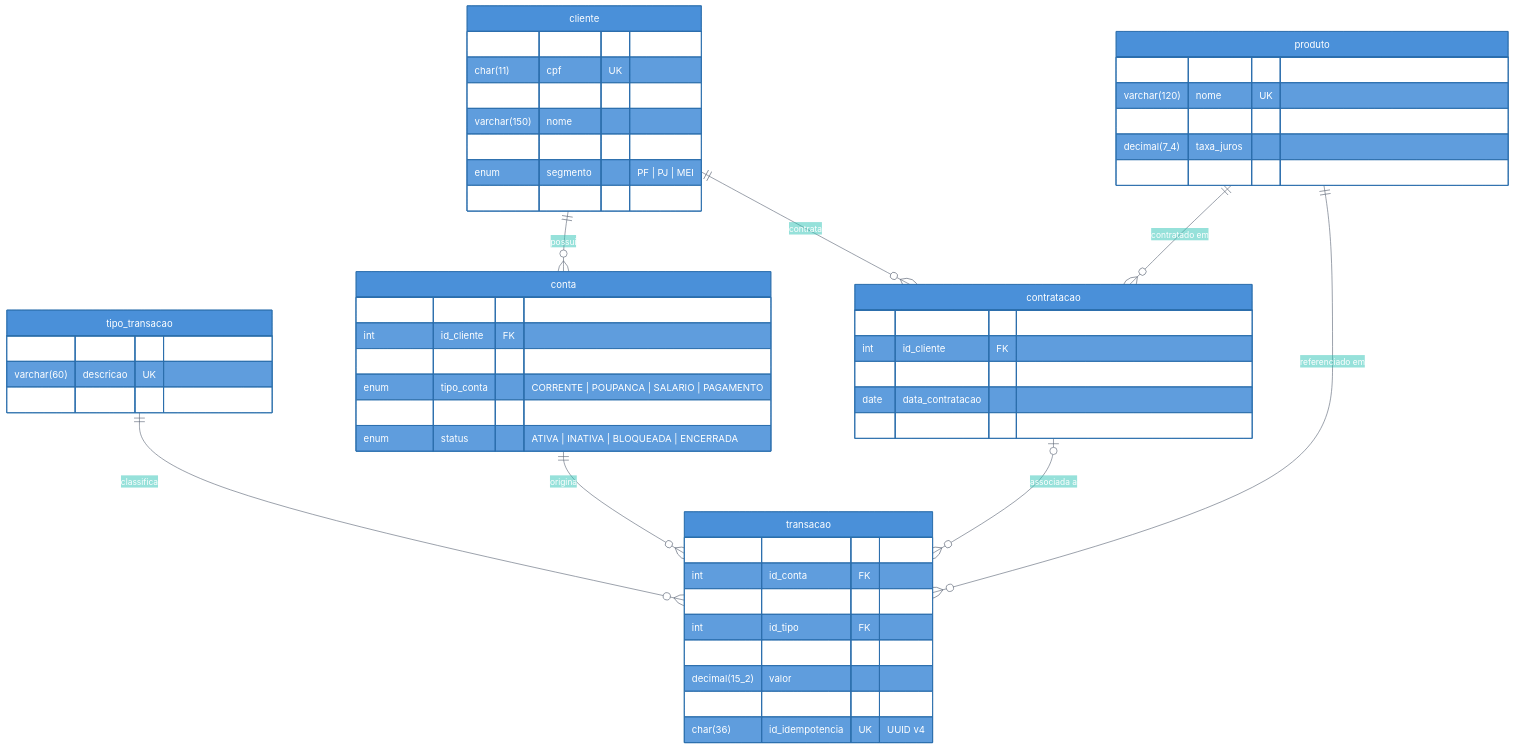
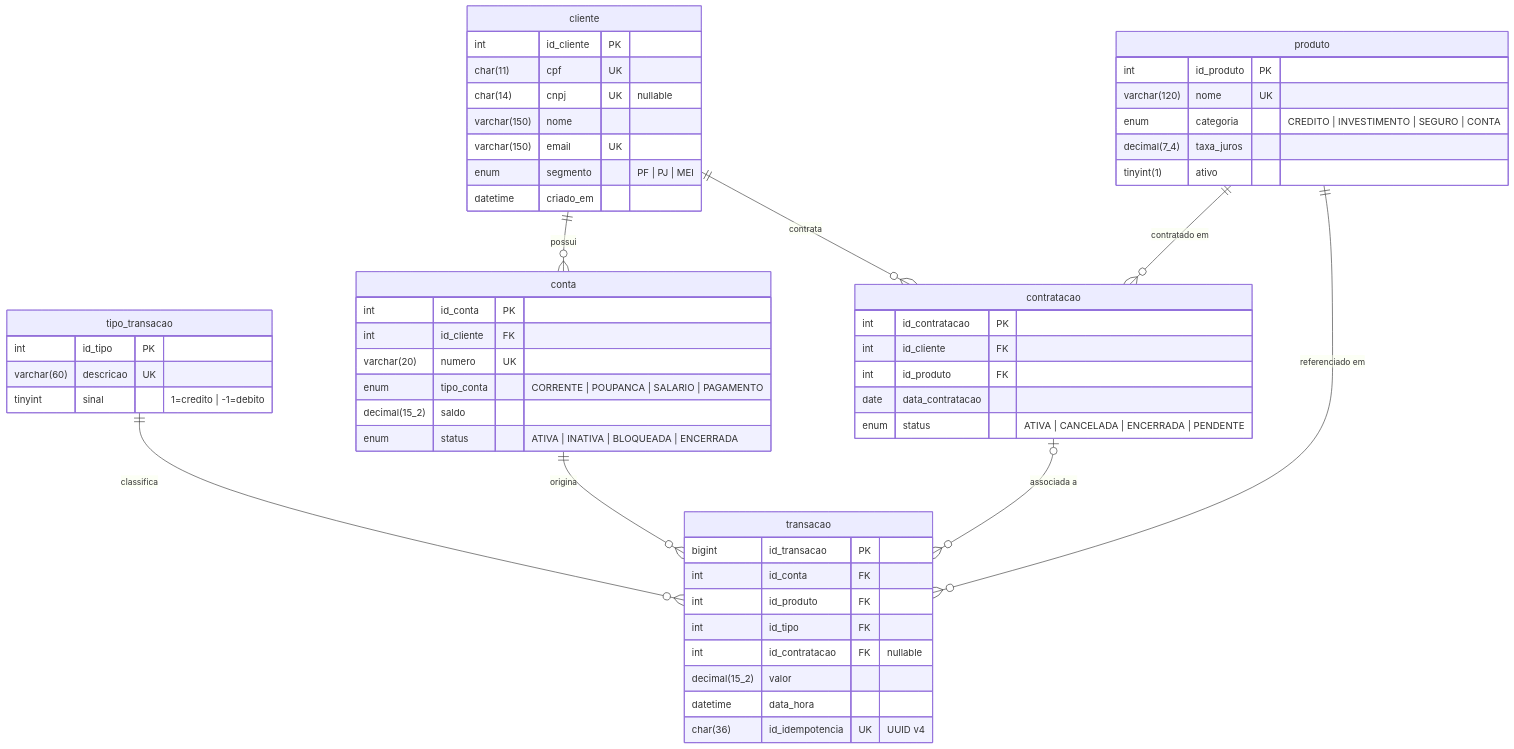
One commit to diegolirio/homework-db-concepts changed the diagram in README.md. Above: the diagram before and after it, drawn with Mermaid.

Commit message:
add colored Mermaid ER diagram to README

````diff
--- a/README.md
+++ b/README.md
@@ -1,75 +1,62 @@
 ```mermaid
-%%{init: {
-  "theme": "base",
-  "themeVariables": {
-    "primaryColor":        "#4A90D9",
-    "primaryTextColor":    "#ffffff",
-    "primaryBorderColor":  "#2c6fad",
-    "lineColor":           "#5a6474",
-    "secondaryColor":      "#F4A261",
-    "tertiaryColor":       "#2EC4B6",
-    "edgeLabelBackground": "#f0f4f8",
-    "fontFamily":          "monospace"
-  }
-}}%%
 erDiagram
     cliente {
         int         id_cliente   PK
         char(11)    cpf          UK
         char(14)    cnpj         UK "nullable"
         varchar(150) nome
         varchar(150) email       UK
         enum        segmento      "PF | PJ | MEI"
         datetime    criado_em
     }
 
     produto {
         int          id_produto  PK
         varchar(120) nome        UK
         enum         categoria   "CREDITO | INVESTIMENTO | SEGURO | CONTA"
         decimal(7_4) taxa_juros
         tinyint(1)   ativo
     }
 
     tipo_transacao {
         int         id_tipo     PK
         varchar(60) descricao   UK
         tinyint     sinal       "1=credito | -1=debito"
     }
 
     conta {
         int          id_conta   PK
         int          id_cliente FK
         varchar(20)  numero     UK
         enum         tipo_conta "CORRENTE | POUPANCA | SALARIO | PAGAMENTO"
         decimal(15_2) saldo
         enum         status     "ATIVA | INATIVA | BLOQUEADA | ENCERRADA"
     }
 
     contratacao {
         int  id_contratacao  PK
         int  id_cliente      FK
         int  id_produto      FK
         date data_contratacao
         enum status          "ATIVA | CANCELADA | ENCERRADA | PENDENTE"
     }
 
     transacao {
         bigint       id_transacao    PK
         int          id_conta        FK
         int          id_produto      FK
         int          id_tipo         FK
         int          id_contratacao  FK "nullable"
         decimal(15_2) valor
         datetime     data_hora
         char(36)     id_idempotencia UK "UUID v4"
     }
 
     cliente      ||--o{ conta        : "possui"
     cliente      ||--o{ contratacao  : "contrata"
     produto      ||--o{ contratacao  : "contratado em"
     produto      ||--o{ transacao    : "referenciado em"
     conta        ||--o{ transacao    : "origina"
     tipo_transacao ||--o{ transacao  : "classifica"
     contratacao  |o--o{ transacao    : "associada a"
 ```
````
